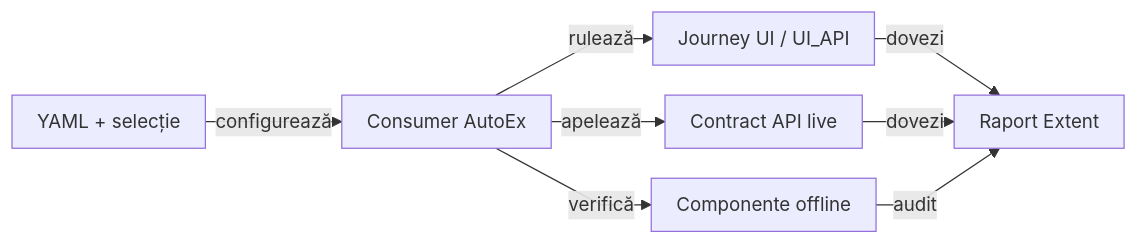
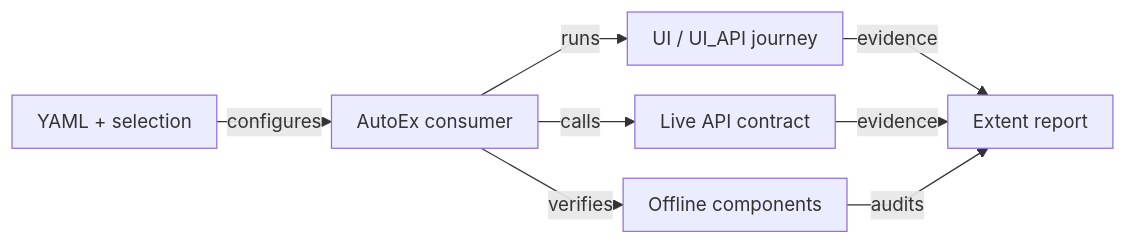
The first of 14 diagrams in atf-test-auto-ex/README.md (crististefanita/atf_j0), drawn with Mermaid before and after one commit. The commit also changed other lines of this file and 113 other files, not shown here.

````diff
--- a/atf-test-auto-ex/README.md
+++ b/atf-test-auto-ex/README.md
@@ -25,11 +28,11 @@
 ```mermaid
 %%{init: {"themeVariables":{"fontSize":"15px"},"themeCSS":".nodeLabel, .nodeLabel p { font-size: 15px !important; line-height: 1.35 !important; } .edgeLabel, .edgeLabel p { font-size: 12px !important; font-weight: 400 !important; line-height: 1.2 !important; } .edgeLabel .labelBkg, .edgeLabel p { background: transparent !important; } .edgeLabel foreignObject { transform: translateY(-18px); overflow: visible; } .node rect { rx: 6px; ry: 6px; }","flowchart":{"curve":"linear","nodeSpacing":24,"rankSpacing":16,"padding":10,"diagramPadding":16}}}%%
 flowchart LR
-    Inputs["YAML + selecție"] -->|configurează| Consumer["Consumer AutoEx"]
-    Consumer -->|rulează| Journey["Journey UI / UI_API"]
-    Consumer -->|apelează| Api["Contract API live"]
-    Consumer -->|verifică| Local["Componente offline"]
-    Journey -->|dovezi| Report["Raport Extent"]
-    Api -->|dovezi| Report
-    Local -->|audit| Report
+    Inputs["YAML + selection"] -->|configures| Consumer["AutoEx consumer"]
+    Consumer -->|runs| Journey["UI / UI_API journey"]
+    Consumer -->|calls| Api["Live API contract"]
+    Consumer -->|verifies| Local["Offline components"]
+    Journey -->|evidence| Report["Extent report"]
+    Api -->|evidence| Report
+    Local -->|audits| Report
 ```
````
